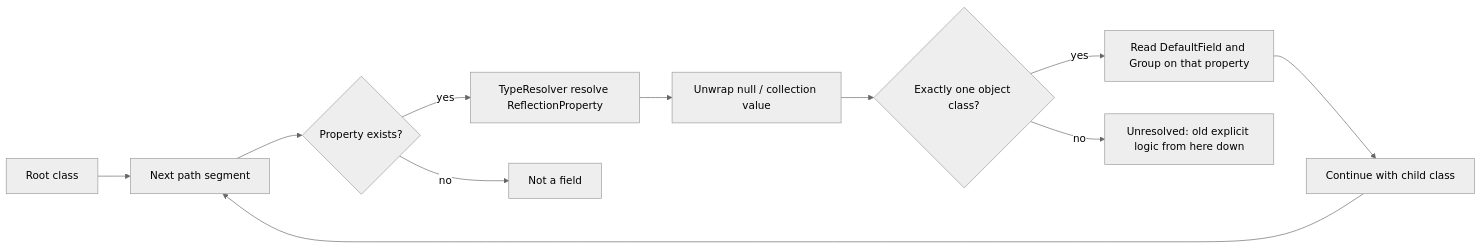
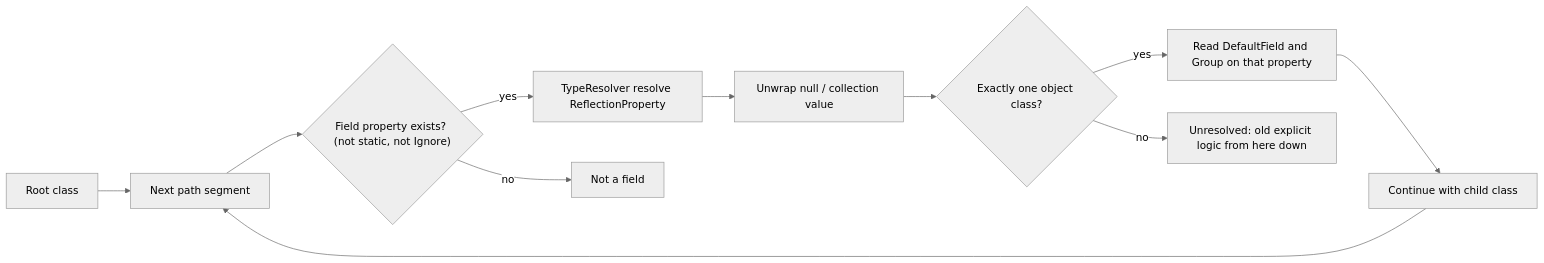
Before and after one commit to luciansabo/fields-options: the second of 2 diagrams in docs/adr/adr-001-calculated-field-inclusion.md, drawn with Mermaid (neutral theme). The commit also changed other lines of this file and 44 other files, not shown here.

````diff
--- a/docs/adr/adr-001-calculated-field-inclusion.md
+++ b/docs/adr/adr-001-calculated-field-inclusion.md
@@ -205,23 +210,23 @@
 ```mermaid
 flowchart LR
     root["Root class"]
     seg["Next path segment"]
-    exist{"Property exists?"}
+    exist{"Field property exists? (not static, not Ignore)"}
     types["TypeResolver resolve ReflectionProperty"]
     unwrap["Unwrap null / collection value"]
     single{"Exactly one object class?"}
     attrs["Read DefaultField and Group on that property"]
     next["Continue with child class"]
     fallback["Unresolved: old explicit logic from here down"]
 
     root --> seg
     seg --> exist
     exist -->|no| unknown["Not a field"]
     exist -->|yes| types
     types --> unwrap
     unwrap --> single
     single -->|yes| attrs
     attrs --> next
     next --> seg
     single -->|no| fallback
 ```
````
